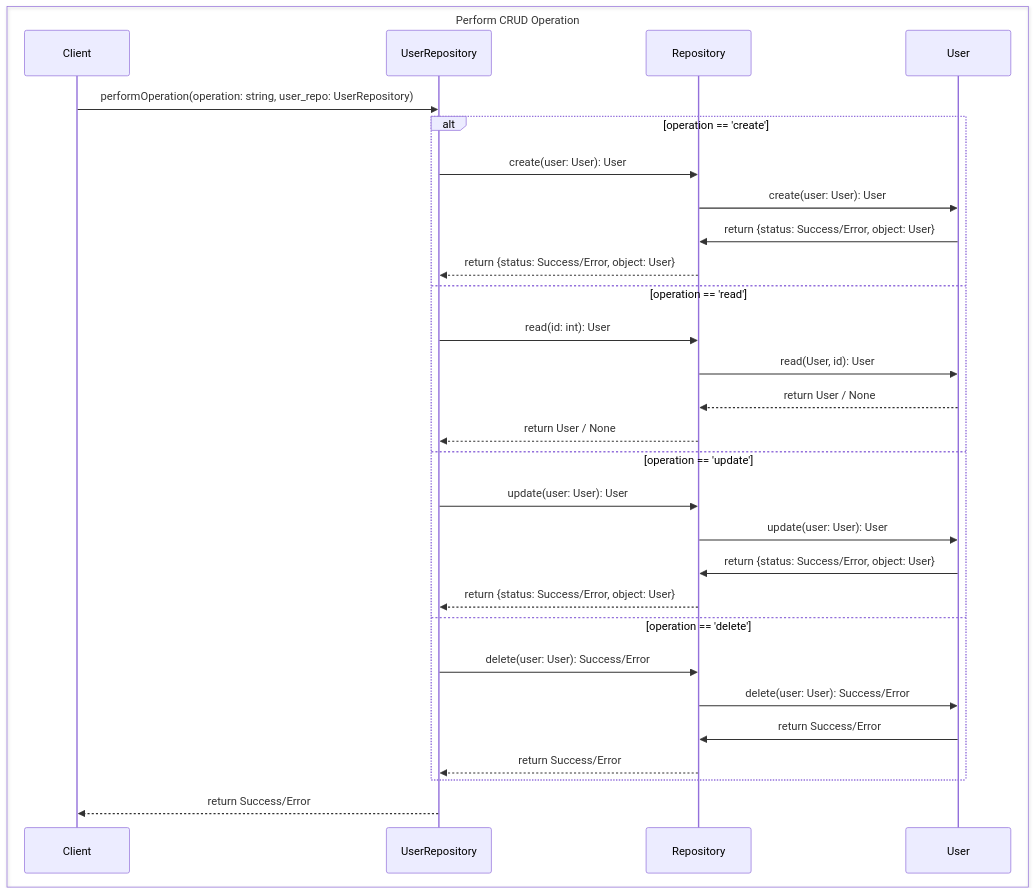
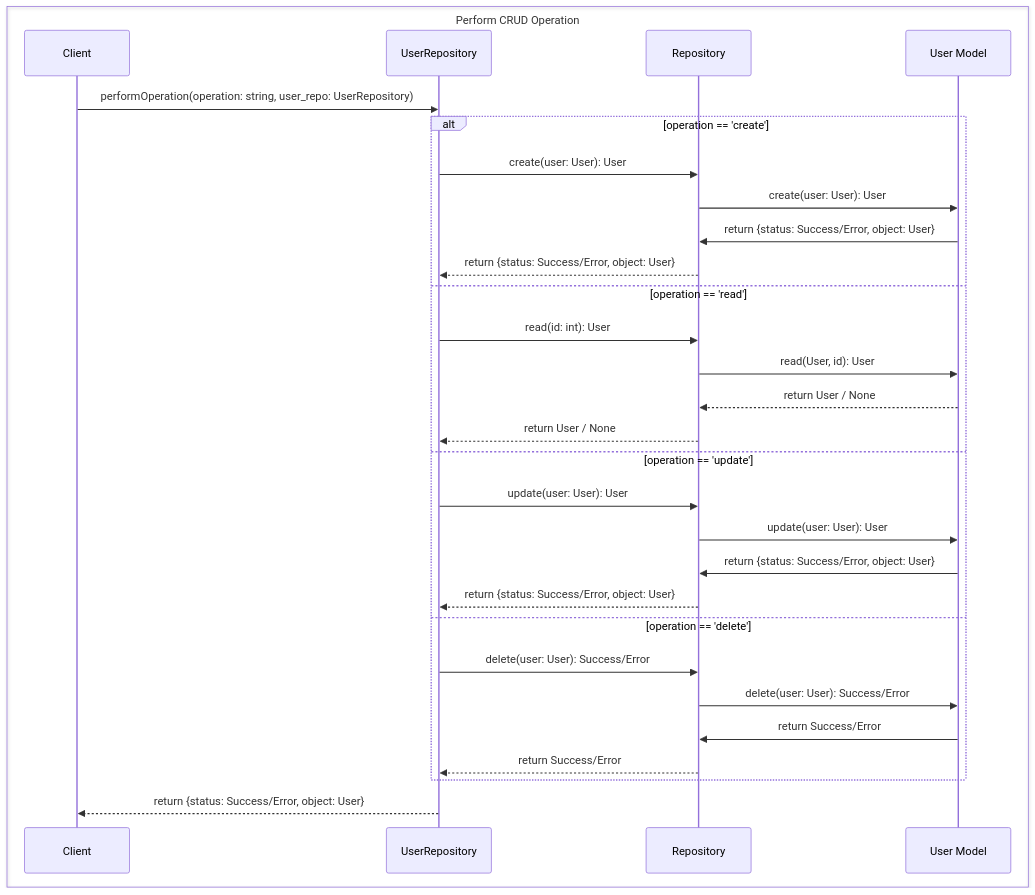
The fourth of 7 diagrams in README.md (dellius-alexander/CRUDRepository), drawn with Mermaid before and after one commit. The commit also changed other lines of this file and 1 other file, not shown here.

Commit message:
updated README.md document sequence diagram

````diff
--- a/README.md
+++ b/README.md
@@ -204,32 +203,32 @@
 ```mermaid
 sequenceDiagram
     box Perform CRUD Operation
     participant Client
     participant UserRepository
     participant Repository
-    participant User
+    participant User as User Model
     end
     Client->>UserRepository: performOperation(operation: string, user_repo: UserRepository)
     alt operation == 'create'
             UserRepository->>Repository: create(user: User): User
             Repository->>User: create(user: User): User
             User->>Repository: return {status: Success/Error, object: User}
             Repository-->>UserRepository: return {status: Success/Error, object: User}
     else    operation == 'read'
             UserRepository->>Repository: read(id: int): User
             Repository->>User: read(User, id): User
             User-->>Repository: return User / None
             Repository-->>UserRepository: return User / None
     else    operation == 'update'
             UserRepository->>Repository: update(user: User): User
             Repository->>User: update(user: User): User
             User->>Repository: return {status: Success/Error, object: User}
             Repository-->>UserRepository: return {status: Success/Error, object: User}
     else    operation == 'delete'
             UserRepository->>Repository: delete(user: User): Success/Error
             Repository->>User: delete(user: User): Success/Error
             User->>Repository: return Success/Error
             Repository-->>UserRepository: return Success/Error
     end
-    UserRepository-->>Client: return Success/Error
+    UserRepository-->>Client: return {status: Success/Error, object: User}
 ```
````
